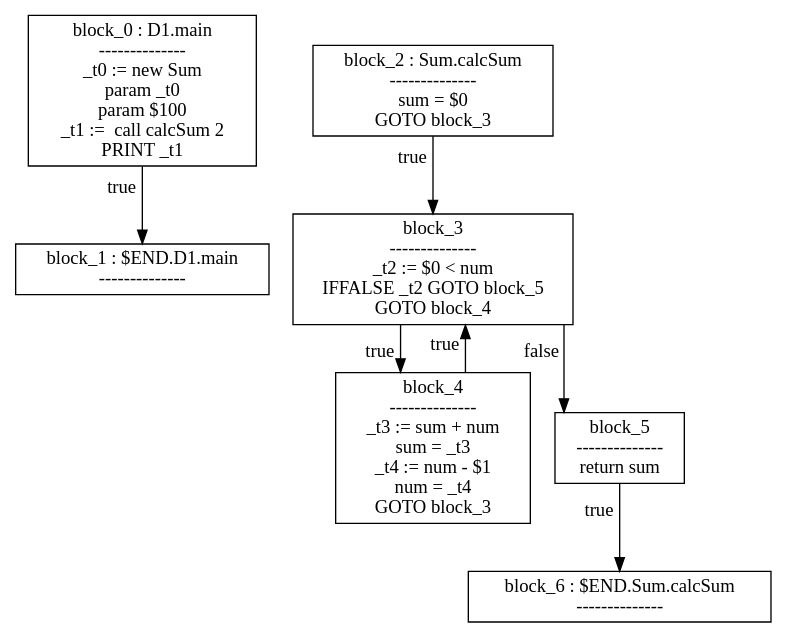
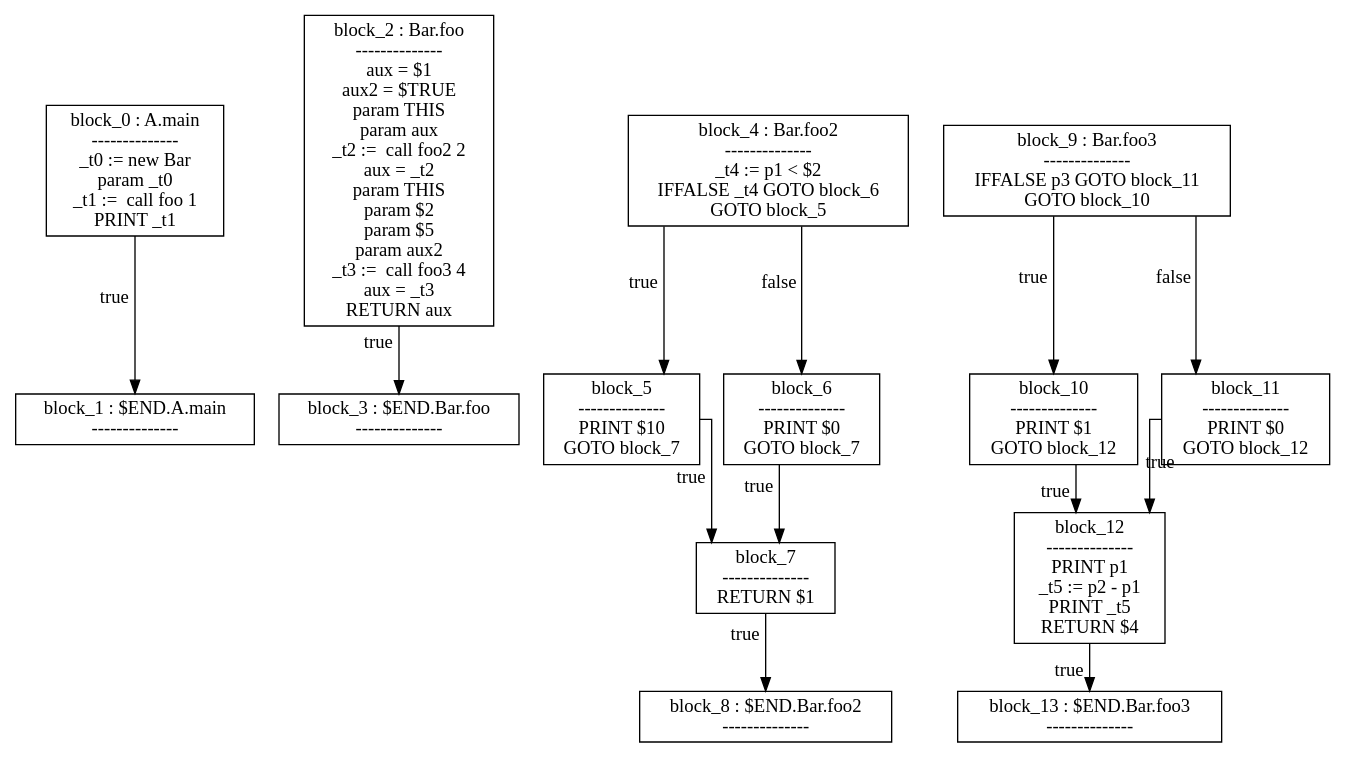
One commit to icetenny/bth-compiler-design changed the diagram in assignment3/ir_tree.dot. Above: the diagram before and after it, drawn with Graphviz. The commit also changed 6 other files, not shown here.

```diff
--- a/assignment3/ir_tree.dot
+++ b/assignment3/ir_tree.dot
@@ -1,47 +1,93 @@
 digraph {
  graph [ splines = ortho ]
 node [ shape = box ];
-n0 [label="block_0 : D1.main
+n0 [label="block_0 : A.main
 --------------
-_t0 := new Sum 
+_t0 := new Bar 
 param _t0
-param $100
-_t1 :=  call calcSum 2
+_t1 :=  call foo 1
 PRINT _t1
 "];
 n0 -> n1 [xlabel= "true"];
-n1 [label="block_1 : $END.D1.main
+n1 [label="block_1 : $END.A.main
 --------------
 "];
-n2 [label="block_2 : Sum.calcSum
+n2 [label="block_2 : Bar.foo
 --------------
-sum = $0
-GOTO block_3
+aux = $1
+aux2 = $TRUE
+param THIS
+param aux
+_t2 :=  call foo2 2
+aux = _t2
+param THIS
+param $2
+param $5
+param aux2
+_t3 :=  call foo3 4
+aux = _t3
+RETURN aux
 "];
 n2 -> n3 [xlabel= "true"];
-n3 [label="block_3
+n3 [label="block_3 : $END.Bar.foo
 --------------
-_t2 := $0 < num
-IFFALSE _t2 GOTO block_5
-GOTO block_4
 "];
-n3 -> n4 [xlabel= "true"];
-n3 -> n5 [xlabel= "false"];
-n4 [label="block_4
+n4 [label="block_4 : Bar.foo2
 --------------
-_t3 := sum + num
-sum = _t3
-_t4 := num - $1
-num = _t4
-GOTO block_3
+_t4 := p1 < $2
+IFFALSE _t4 GOTO block_6
+GOTO block_5
 "];
-n4 -> n3 [xlabel= "true"];
+n4 -> n5 [xlabel= "true"];
+n4 -> n6 [xlabel= "false"];
 n5 [label="block_5
 --------------
-return sum
+PRINT $10
+GOTO block_7
 "];
-n5 -> n6 [xlabel= "true"];
-n6 [label="block_6 : $END.Sum.calcSum
+n5 -> n7 [xlabel= "true"];
+n6 [label="block_6
+--------------
+PRINT $0
+GOTO block_7
+"];
+n6 -> n7 [xlabel= "true"];
+n7 [label="block_7
+--------------
+RETURN $1
+"];
+n7 -> n8 [xlabel= "true"];
+n8 [label="block_8 : $END.Bar.foo2
+--------------
+"];
+n9 [label="block_9 : Bar.foo3
+--------------
+IFFALSE p3 GOTO block_11
+GOTO block_10
+"];
+n9 -> n10 [xlabel= "true"];
+n9 -> n11 [xlabel= "false"];
+n10 [label="block_10
+--------------
+PRINT $1
+GOTO block_12
+"];
+n10 -> n12 [xlabel= "true"];
+n11 [label="block_11
+--------------
+PRINT $0
+GOTO block_12
+"];
+n11 -> n12 [xlabel= "true"];
+n12 [label="block_12
+--------------
+PRINT p1
+_t5 := p2 - p1
+PRINT _t5
+RETURN $4
+"];
+n12 -> n13 [xlabel= "true"];
+n13 [label="block_13 : $END.Bar.foo3
 --------------
 "];
 }
```
